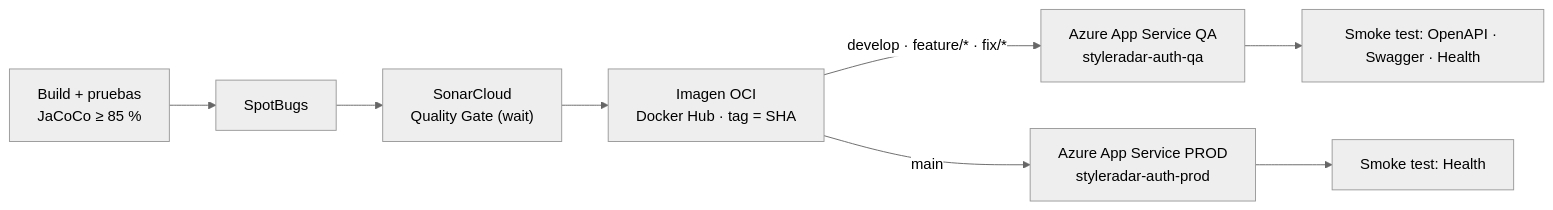
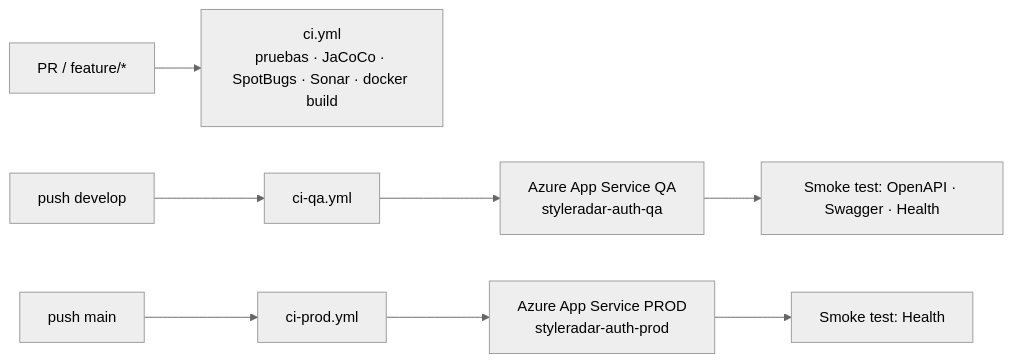
One commit to StyleRadar1/CADCHE-Authentication-Service changed the diagram in docs/secciones/09-cicd-pipeline.md. Above: the diagram before and after it, drawn with Mermaid (neutral theme). The commit also changed other lines of this file and 14 other files, not shown here.

Commit message:
docs(auth): evidencias de Docker y Jira, diagrama de secuencia, cobertura 85/80 y pipelines separados en el readme

````diff
--- a/docs/secciones/09-cicd-pipeline.md
+++ b/docs/secciones/09-cicd-pipeline.md
@@ -11,8 +19,6 @@
 ```mermaid
 flowchart LR
-    A["Build + pruebas<br>JaCoCo ≥ 85 %"] --> B["SpotBugs"] --> C["SonarCloud<br>Quality Gate (wait)"] --> D["Imagen OCI<br>Docker Hub · tag = SHA"]
-    D -->|develop · feature/* · fix/*| E["Azure App Service QA<br>styleradar-auth-qa"]
-    D -->|main| F["Azure App Service PROD<br>styleradar-auth-prod"]
-    E --> G["Smoke test: OpenAPI · Swagger · Health"]
-    F --> H["Smoke test: Health"]
+    PR["PR / feature/*"] --> CI["ci.yml<br>pruebas · JaCoCo · SpotBugs · Sonar · docker build"]
+    DEV["push develop"] --> QA["ci-qa.yml"] --> E["Azure App Service QA<br>styleradar-auth-qa"] --> G["Smoke test: OpenAPI · Swagger · Health"]
+    MAIN["push main"] --> PRD["ci-prod.yml"] --> F["Azure App Service PROD<br>styleradar-auth-prod"] --> H["Smoke test: Health"]
 ```
````
